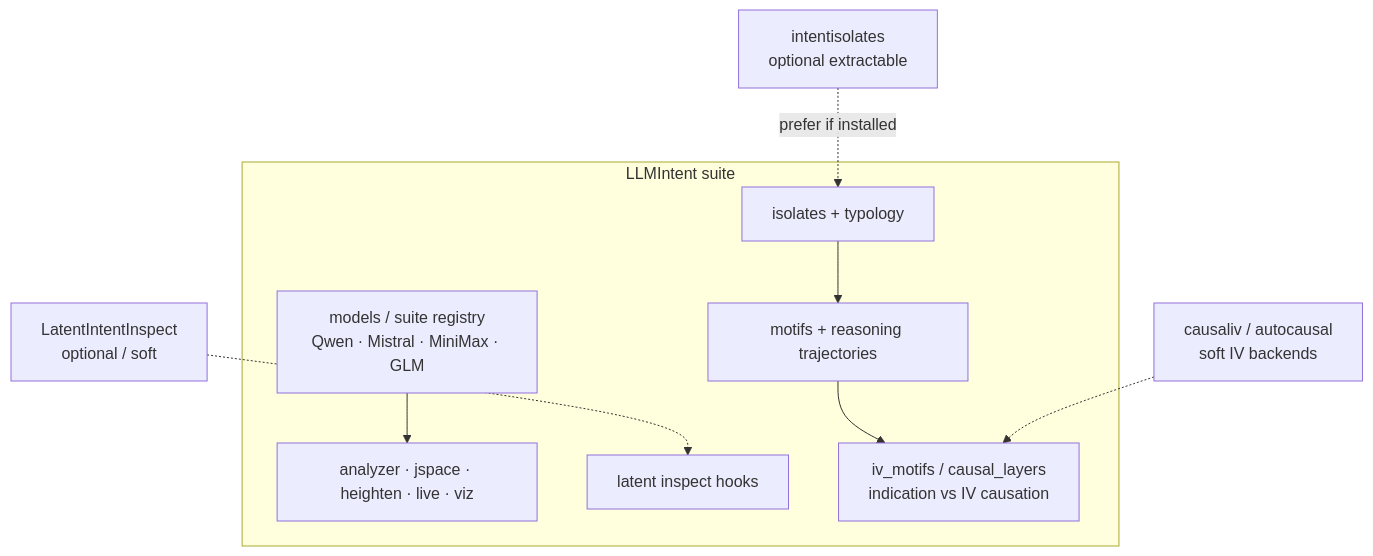
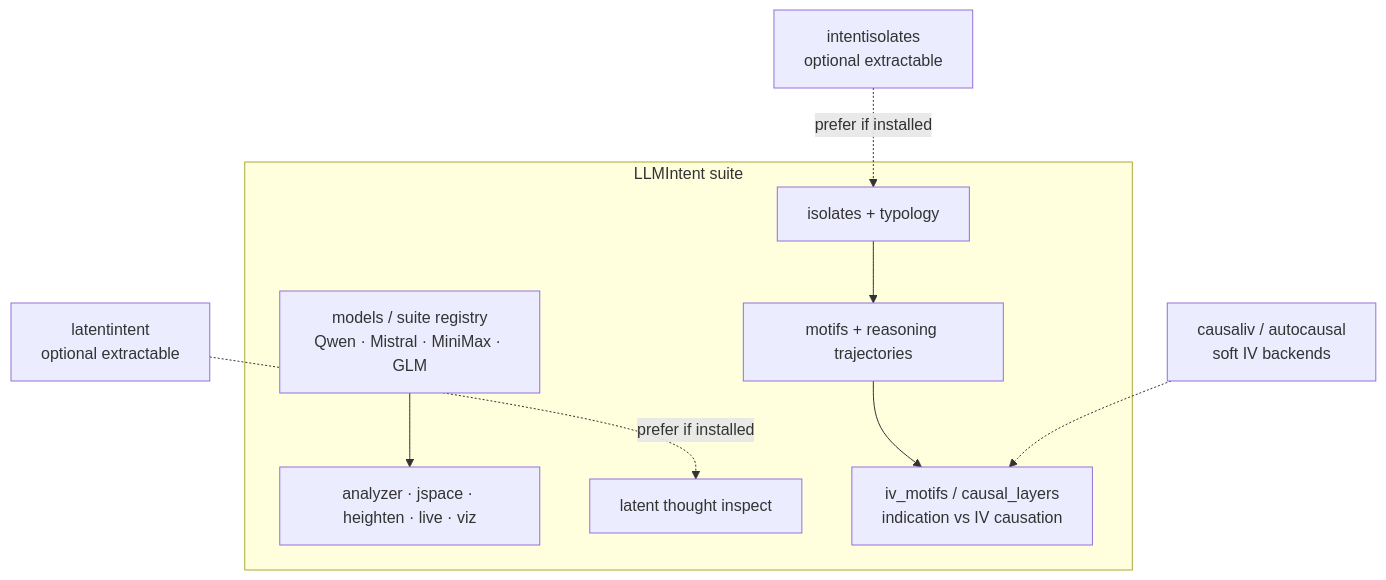
One commit to ehallford11714/llmintent changed the diagram in docs/SUITE.md. Above: the diagram before and after it, drawn with Mermaid. The commit also changed other lines of this file and 13 other files, not shown here.

First line of the commit message:
Release 1.2.0: ship vendored latent thought inspection in the suite.

````diff
--- a/docs/SUITE.md
+++ b/docs/SUITE.md
@@ -7,22 +7,22 @@
 ```mermaid
 flowchart TB
   subgraph suite [LLMIntent suite]
     M[models / suite registry<br/>Qwen · Mistral · MiniMax · GLM]
     A[analyzer · jspace · heighten · live · viz]
     I[isolates + typology]
     Mo[motifs + reasoning trajectories]
-    L[latent inspect hooks]
+    L[latent thought inspect]
     IV[iv_motifs / causal_layers<br/>indication vs IV causation]
   end
 
   ExtII[intentisolates<br/>optional extractable]
-  ExtLI[LatentIntentInspect<br/>optional / soft]
+  ExtLI[latentintent<br/>optional extractable]
   ExtIV[causaliv / autocausal<br/>soft IV backends]
 
   ExtII -.->|prefer if installed| I
   I --> Mo
   Mo --> IV
-  ExtLI -.-> L
+  ExtLI -.->|prefer if installed| L
   ExtIV -.-> IV
   M --> A
 ```
````
